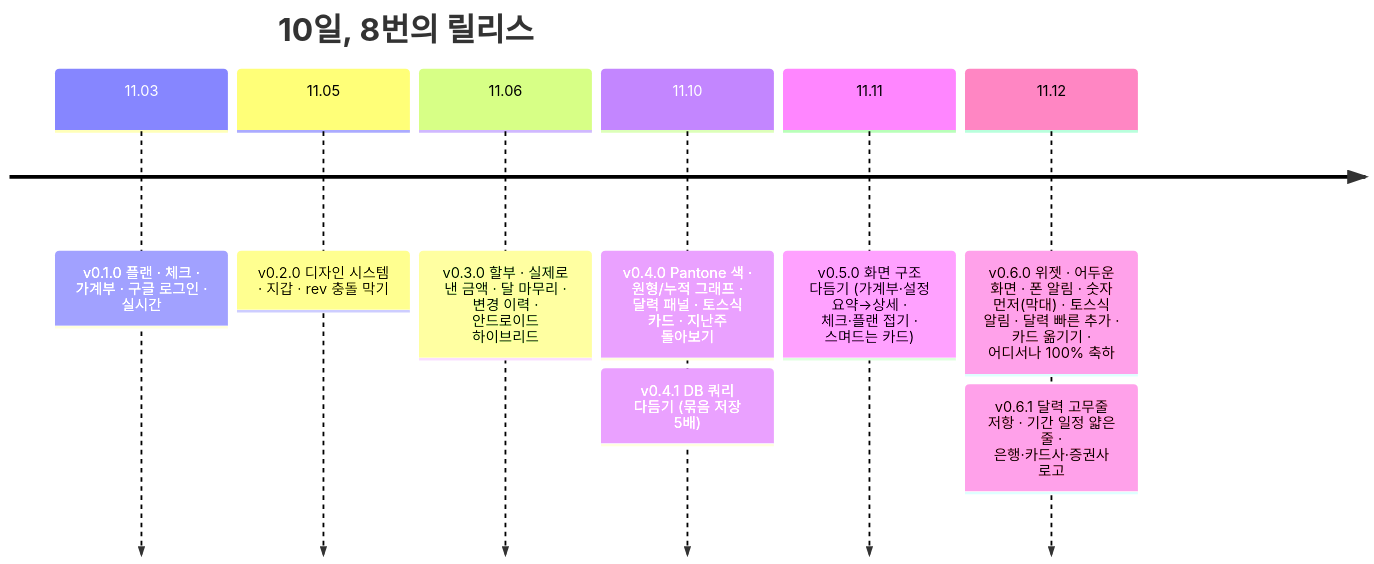
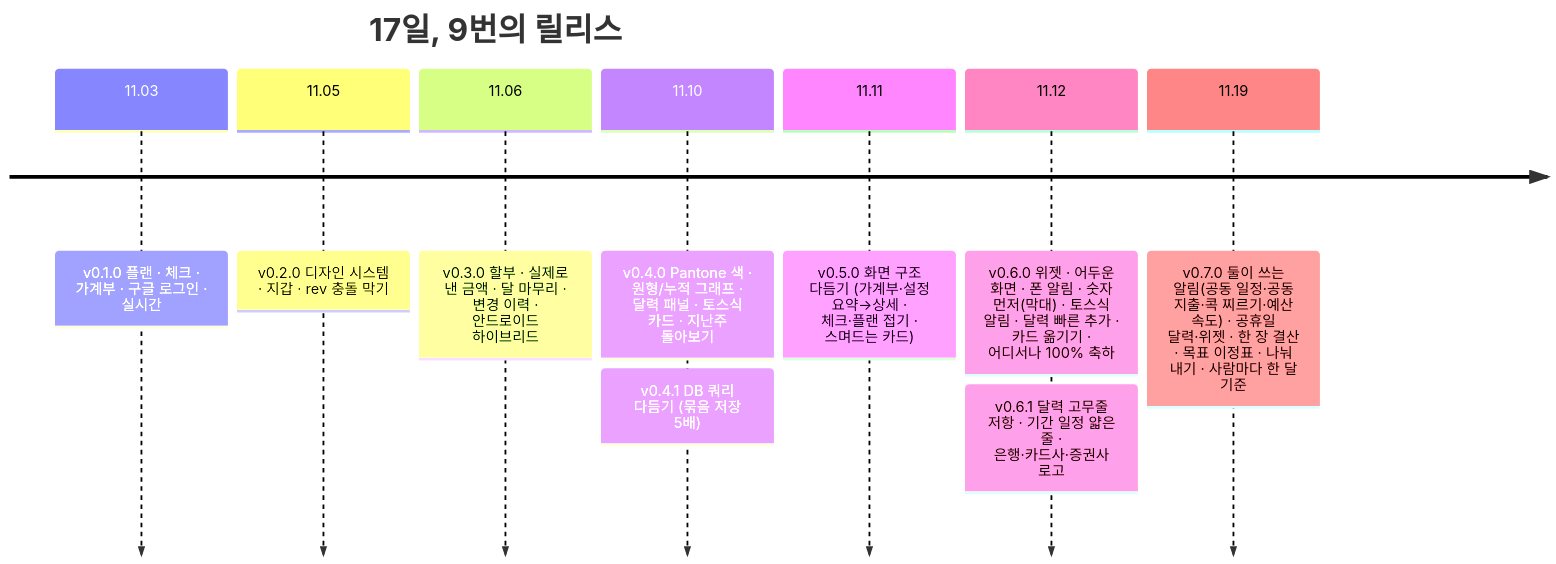
The fifth of 5 diagrams in README.md (jojaden/our-money), drawn with Mermaid before and after one commit. The commit also changed other lines of this file and 5 other files, not shown here.

````diff
--- a/README.md
+++ b/README.md
@@ -152,12 +152,13 @@
 ```mermaid
 timeline
-  title 10일, 8번의 릴리스
+  title 17일, 9번의 릴리스
   11.03 : v0.1.0 플랜 · 체크 · 가계부 · 구글 로그인 · 실시간
   11.05 : v0.2.0 디자인 시스템 · 지갑 · rev 충돌 막기
   11.06 : v0.3.0 할부 · 실제로 낸 금액 · 달 마무리 · 변경 이력 · 안드로이드 하이브리드
   11.10 : v0.4.0 Pantone 색 · 원형/누적 그래프 · 달력 패널 · 토스식 카드 · 지난주 돌아보기
         : v0.4.1 DB 쿼리 다듬기 (묶음 저장 5배)
   11.11 : v0.5.0 화면 구조 다듬기 (가계부·설정 요약→상세 · 체크·플랜 접기 · 스며드는 카드)
   11.12 : v0.6.0 위젯 · 어두운 화면 · 폰 알림 · 숫자 먼저(막대) · 토스식 알림 · 달력 빠른 추가 · 카드 옮기기 · 어디서나 100% 축하
         : v0.6.1 달력 고무줄 저항 · 기간 일정 얇은 줄 · 은행·카드사·증권사 로고
+  11.19 : v0.7.0 둘이 쓰는 알림(공동 일정·공동 지출·콕 찌르기·예산 속도) · 공휴일 달력·위젯 · 한 장 결산 · 목표 이정표 · 나눠 내기 · 사람마다 한 달 기준
 ```
````
